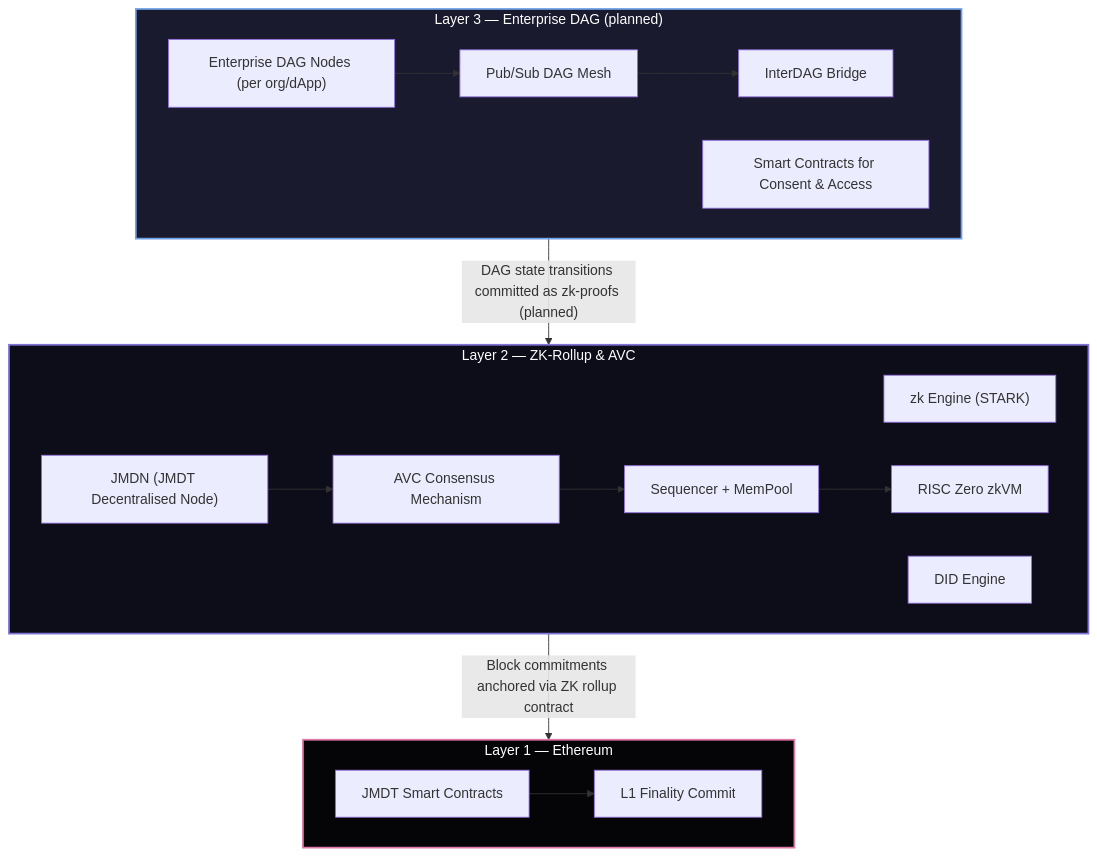
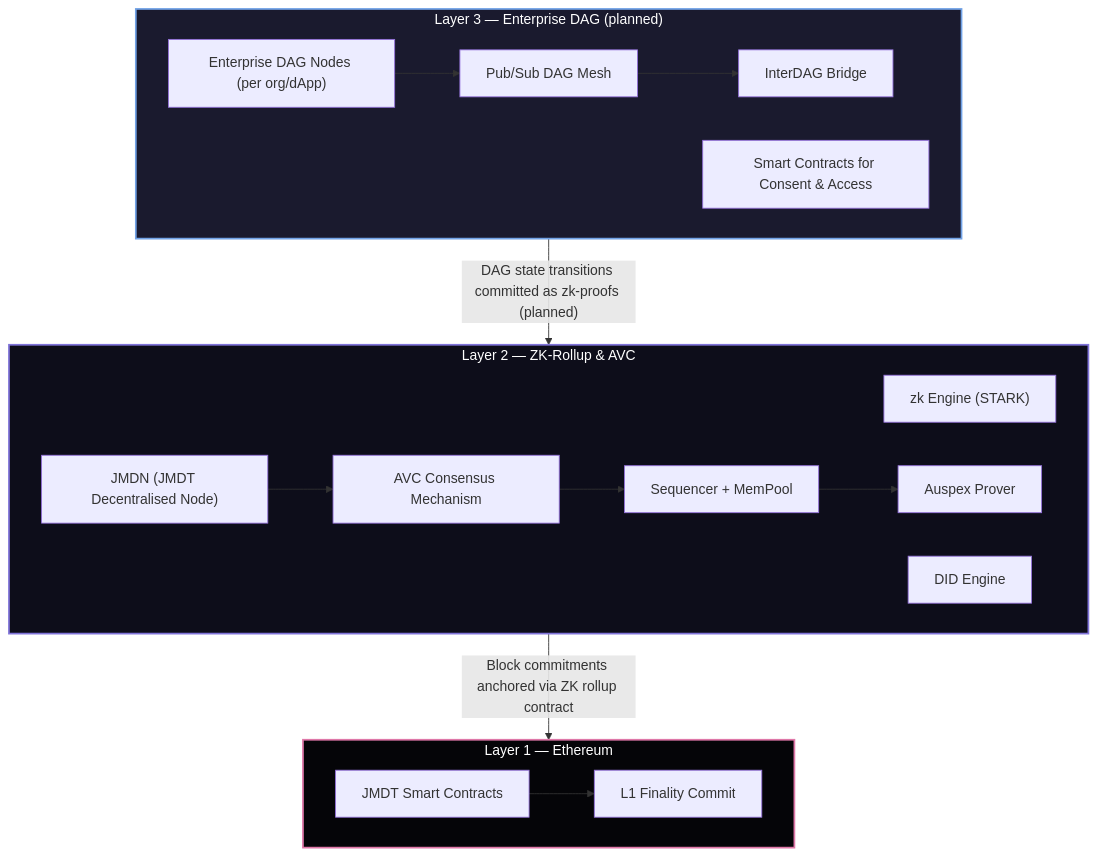
The diagram in versioned_docs/version-2.0/architecture.md (JupiterMetaLabs/docs), drawn with Mermaid before and after one commit. The commit also changed other lines of this file and 47 other files, not shown here.

````diff
--- a/versioned_docs/version-2.0/architecture.md
+++ b/versioned_docs/version-2.0/architecture.md
@@ -17,35 +17,35 @@
 ```mermaid
 graph TD
     subgraph L3["Layer 3 — Enterprise DAG (planned)"]
         A1["Enterprise DAG Nodes (per org/dApp)"]
         A2["Pub/Sub DAG Mesh"]
         A3["InterDAG Bridge"]
         A4["Smart Contracts for Consent & Access"]
         A1 --> A2
         A2 --> A3
     end
     style L3 fill:#1a1a2e,stroke:#71a2e6,stroke-width:2px,color:#fff
 
     subgraph L2["Layer 2 — ZK-Rollup & AVC"]
         B1["zk Engine (STARK)"]
         B2["DID Engine"]
         B3["AVC Consensus Mechanism"]
         B4["Sequencer + MemPool"]
-        B5["RISC Zero zkVM"]
+        B5["Auspex Prover"]
         B6["JMDN (JMDT Decentralised Node)"]
         B3 --> B4
         B4 --> B5
         B6 --> B3
     end
     style L2 fill:#0d0d1a,stroke:#8074d9,stroke-width:2px,color:#fff
 
     subgraph L1["Layer 1 — Ethereum"]
         C1["JMDT Smart Contracts"]
         C2["L1 Finality Commit"]
         C1 --> C2
     end
     style L1 fill:#050508,stroke:#df77a8,stroke-width:2px,color:#fff
 
     L3 -->|"DAG state transitions committed as zk-proofs (planned)"| L2
     L2 -->|"Block commitments anchored via ZK rollup contract"| L1
 ```
````
